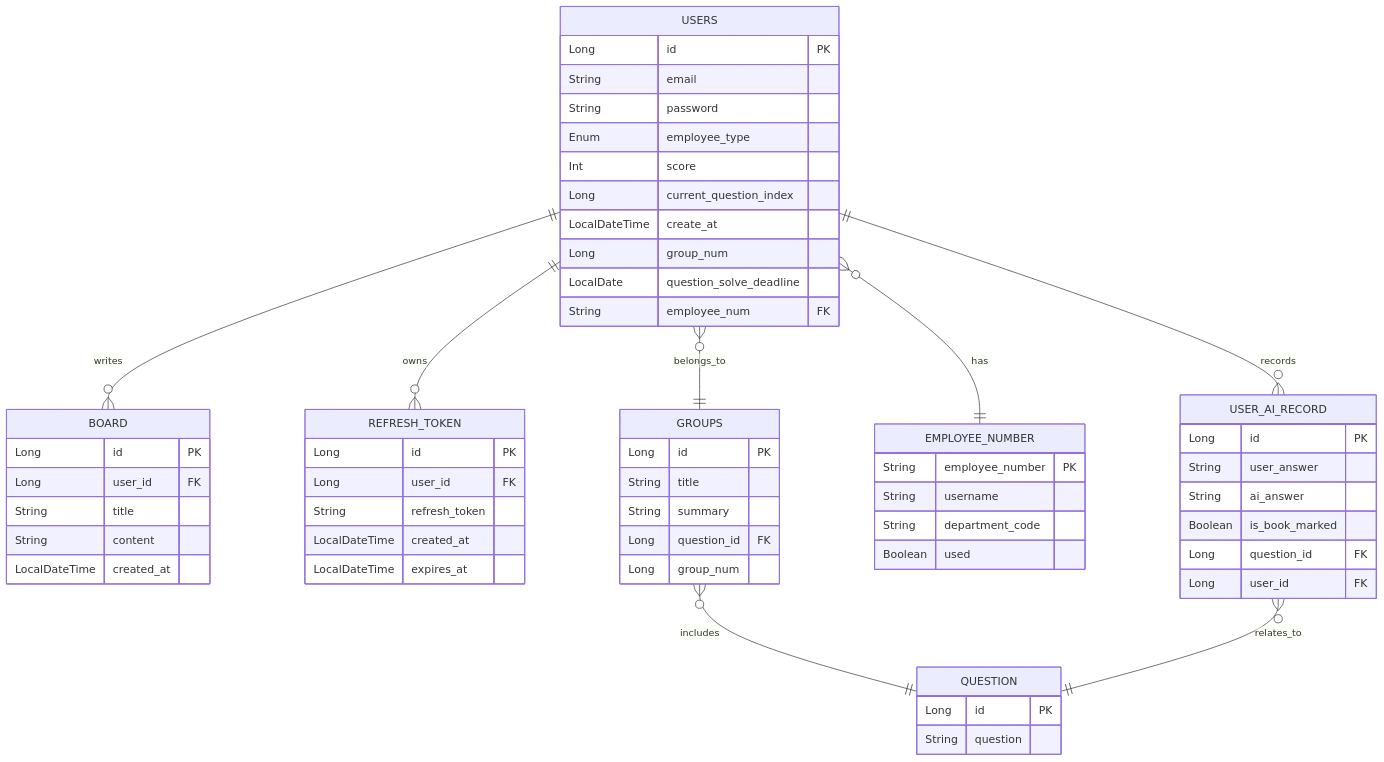
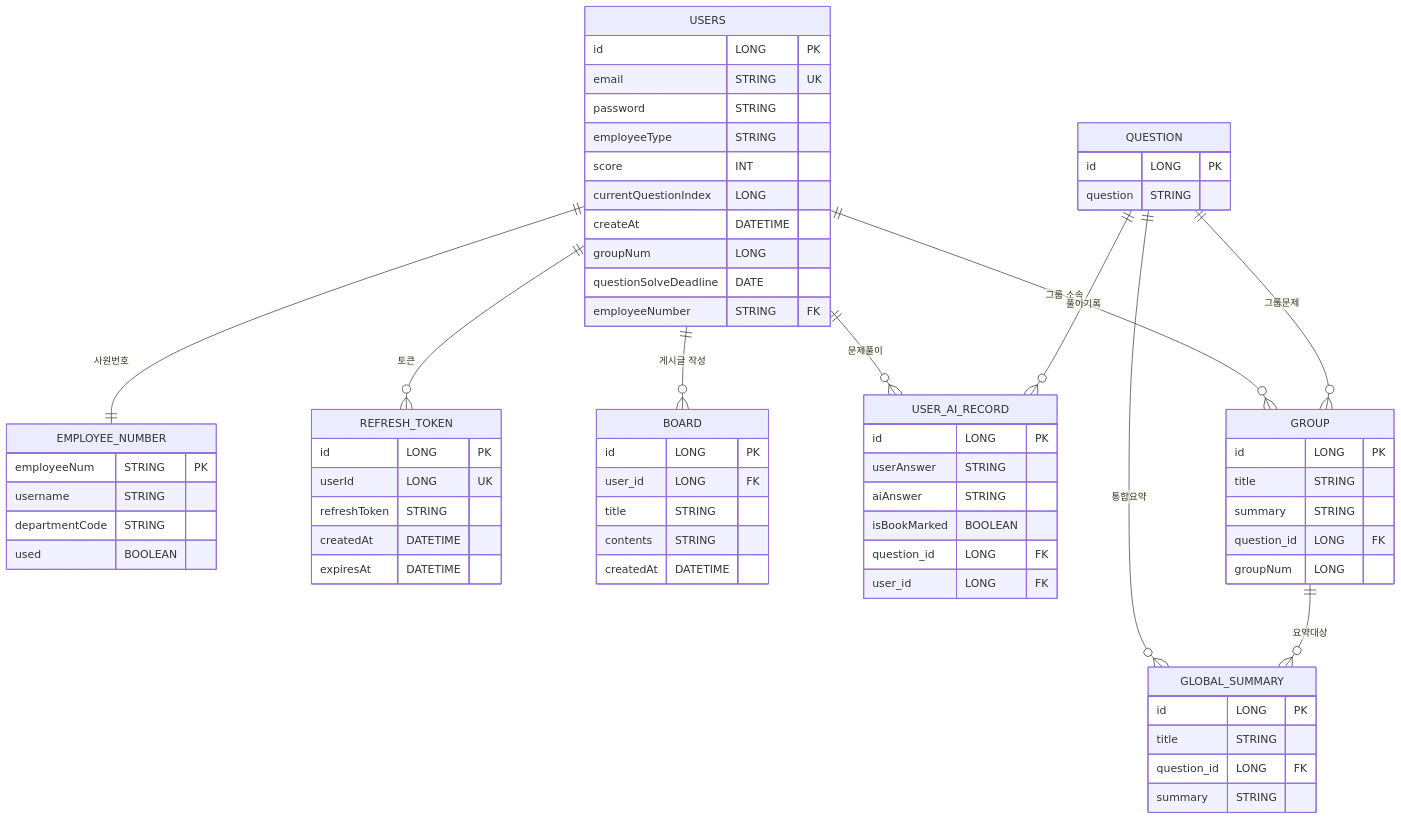
The diagram in Entity설계서.md (rookies-team-6/back), drawn with Mermaid before and after one commit. The commit also changed other lines of this file and 1 other file, not shown here.

Commit message:
:memo: docs: 엔티티 설계서 수정 완

````diff
--- a/Entity설계서.md
+++ b/Entity설계서.md
@@ -73,70 +72,70 @@
 ```mermaid
 erDiagram
-    USERS ||--o{ BOARD : writes
-    USERS ||--o{ REFRESH_TOKEN : owns
-    USERS ||--o{ USER_AI_RECORD : records
-    USERS }o--|| EMPLOYEE_NUMBER : has
-
-    GROUPS }o--|| QUESTION : includes
-    USERS }o--|| GROUPS : belongs_to
-
-    USER_AI_RECORD }o--|| QUESTION : relates_to
-
-    BOARD {
-        Long id PK
-        Long user_id FK
-        String title
-        String content
-        LocalDateTime created_at
-    }
+    USERS ||--|| EMPLOYEE_NUMBER : "사원번호"
+    USERS ||--o{ REFRESH_TOKEN : "토큰"
+    USERS ||--o{ BOARD : "게시글 작성"
+    USERS ||--o{ USER_AI_RECORD : "문제풀이"
+    USERS ||--o{ GROUP : "그룹 소속"
+    QUESTION ||--o{ GROUP : "그룹문제"
+    QUESTION ||--o{ USER_AI_RECORD : "풀이기록"
+    QUESTION ||--o{ GLOBAL_SUMMARY : "통합요약"
+    GROUP ||--o{ GLOBAL_SUMMARY : "요약대상"
 
     USERS {
-        Long id PK
-        String email
-        String password
-        Enum employee_type
-        Int score
-        Long current_question_index
-        LocalDateTime create_at
-        Long group_num
-        LocalDate question_solve_deadline
-        String employee_num FK
+        id LONG PK
+        email STRING UK
+        password STRING
+        employeeType STRING
+        score INT
+        currentQuestionIndex LONG
+        createAt DATETIME
+        groupNum LONG
+        questionSolveDeadline DATE
+        employeeNumber STRING FK
     }
-
     EMPLOYEE_NUMBER {
-        String employee_number PK
-        String username
-        String department_code
-        Boolean used
+        employeeNum STRING PK
+        username STRING
+        departmentCode STRING
+        used BOOLEAN
     }
-
-    GROUPS {
-        Long id PK
-        String title
-        String summary
-        Long question_id FK
-        Long group_num
+    QUESTION {
+        id LONG PK
+        question STRING
     }
-
-    QUESTION {
-        Long id PK
-        String question
+    GROUP {
+        id LONG PK
+        title STRING
+        summary STRING
+        question_id LONG FK
+        groupNum LONG
     }
-
     USER_AI_RECORD {
-        Long id PK
-        String user_answer
-        String ai_answer
-        Boolean is_book_marked
-        Long question_id FK
-        Long user_id FK
+        id LONG PK
+        userAnswer STRING
+        aiAnswer STRING
+        isBookMarked BOOLEAN
+        question_id LONG FK
+        user_id LONG FK
     }
-
+    GLOBAL_SUMMARY {
+        id LONG PK
+        title STRING
+        question_id LONG FK
+        summary STRING
+    }
+    BOARD {
+        id LONG PK
+        user_id LONG FK
+        title STRING
+        contents STRING
+        createdAt DATETIME
+    }
     REFRESH_TOKEN {
-        Long id PK
-        Long user_id FK
-        String refresh_token
-        LocalDateTime created_at
-        LocalDateTime expires_at
+        id LONG PK
+        userId LONG UK
+        refreshToken STRING
+        createdAt DATETIME
+        expiresAt DATETIME
     }
 ```
````
